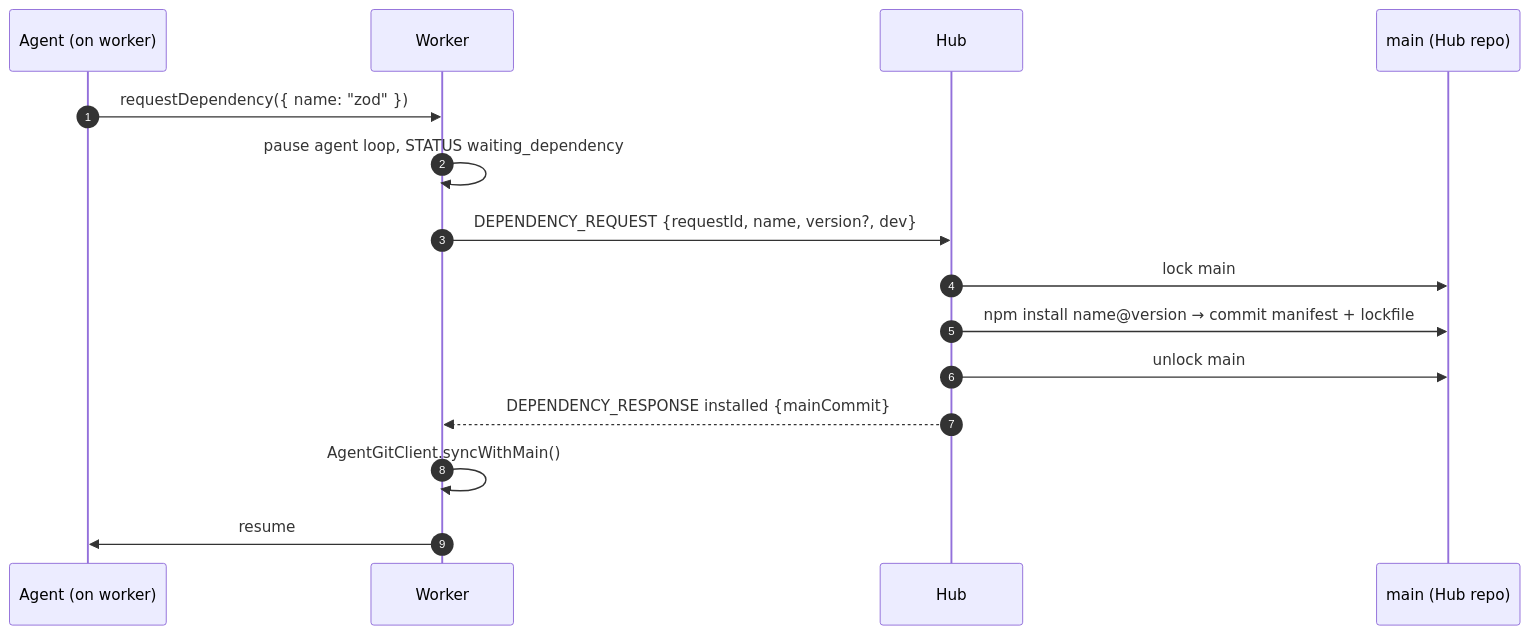
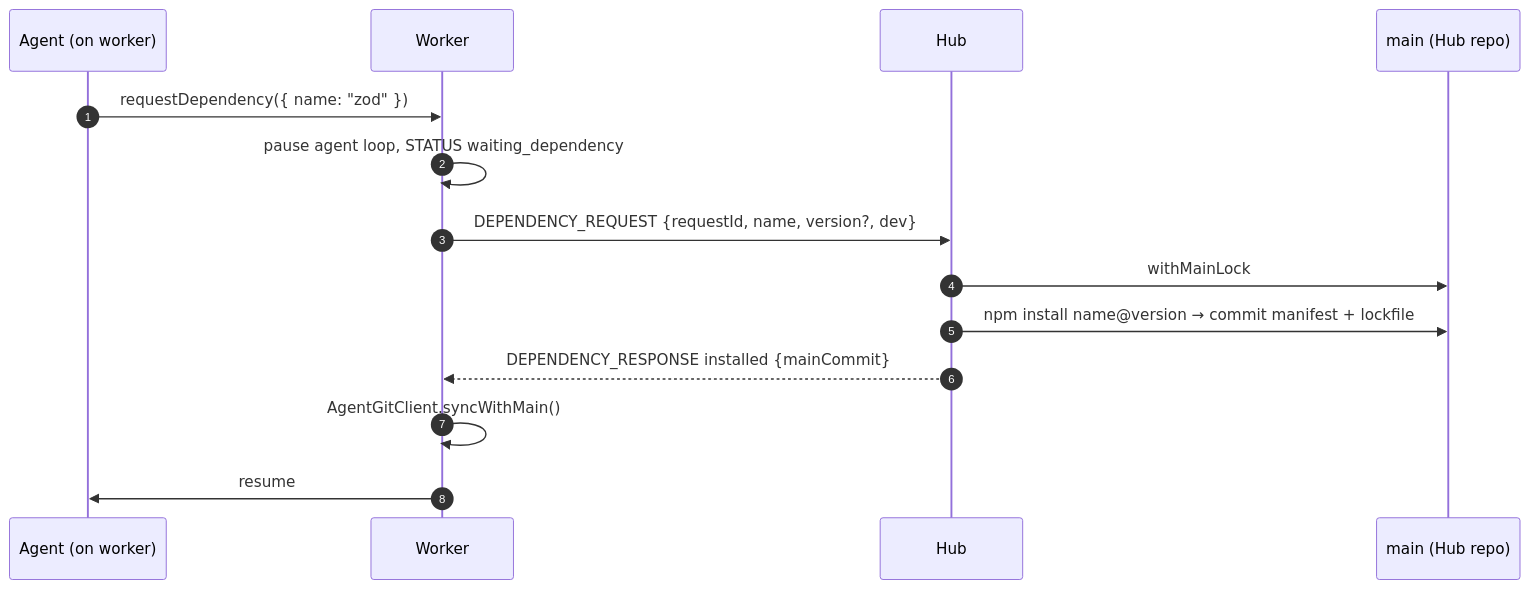
Before and after one commit to Sys64k/ai-swarm-orchestrator: the tenth of 10 diagrams in ARCHITECTURE.md, drawn with Mermaid. The commit also changed other lines of this file and 24 other files, not shown here.

````diff
--- a/ARCHITECTURE.md
+++ b/ARCHITECTURE.md
@@ -385,18 +492,17 @@
 ```mermaid
 sequenceDiagram
   autonumber
   participant Ag as Agent (on worker)
   participant W as Worker
   participant H as Hub
   participant M as main (Hub repo)
 
   Ag->>W: requestDependency({ name: "zod" })
   W->>W: pause agent loop, STATUS waiting_dependency
   W->>H: DEPENDENCY_REQUEST {requestId, name, version?, dev}
-  H->>M: lock main
+  H->>M: withMainLock
   H->>M: npm install name@version → commit manifest + lockfile
-  H->>M: unlock main
   H-->>W: DEPENDENCY_RESPONSE installed {mainCommit}
   W->>W: AgentGitClient.syncWithMain()
   W->>Ag: resume
 ```
````
